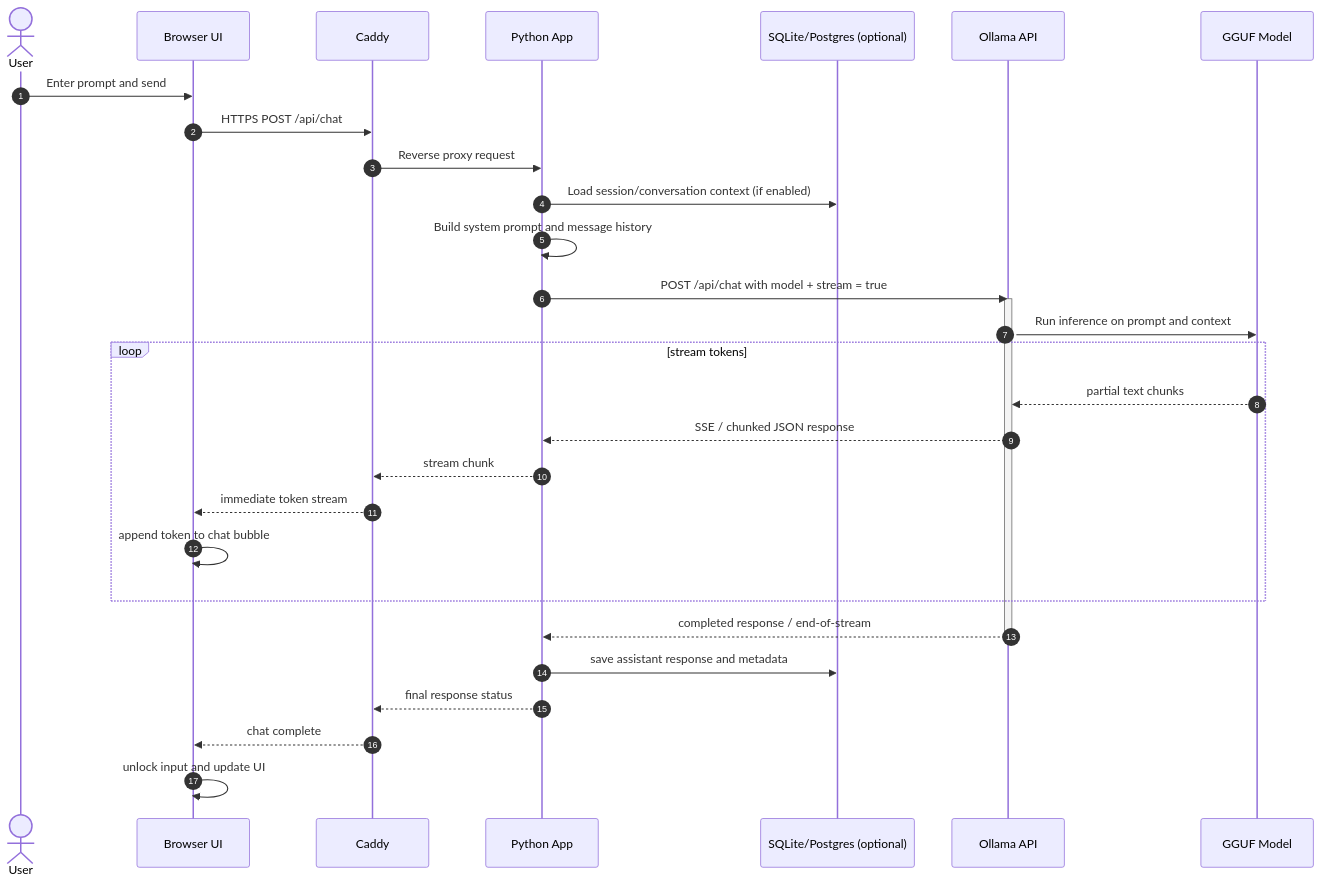
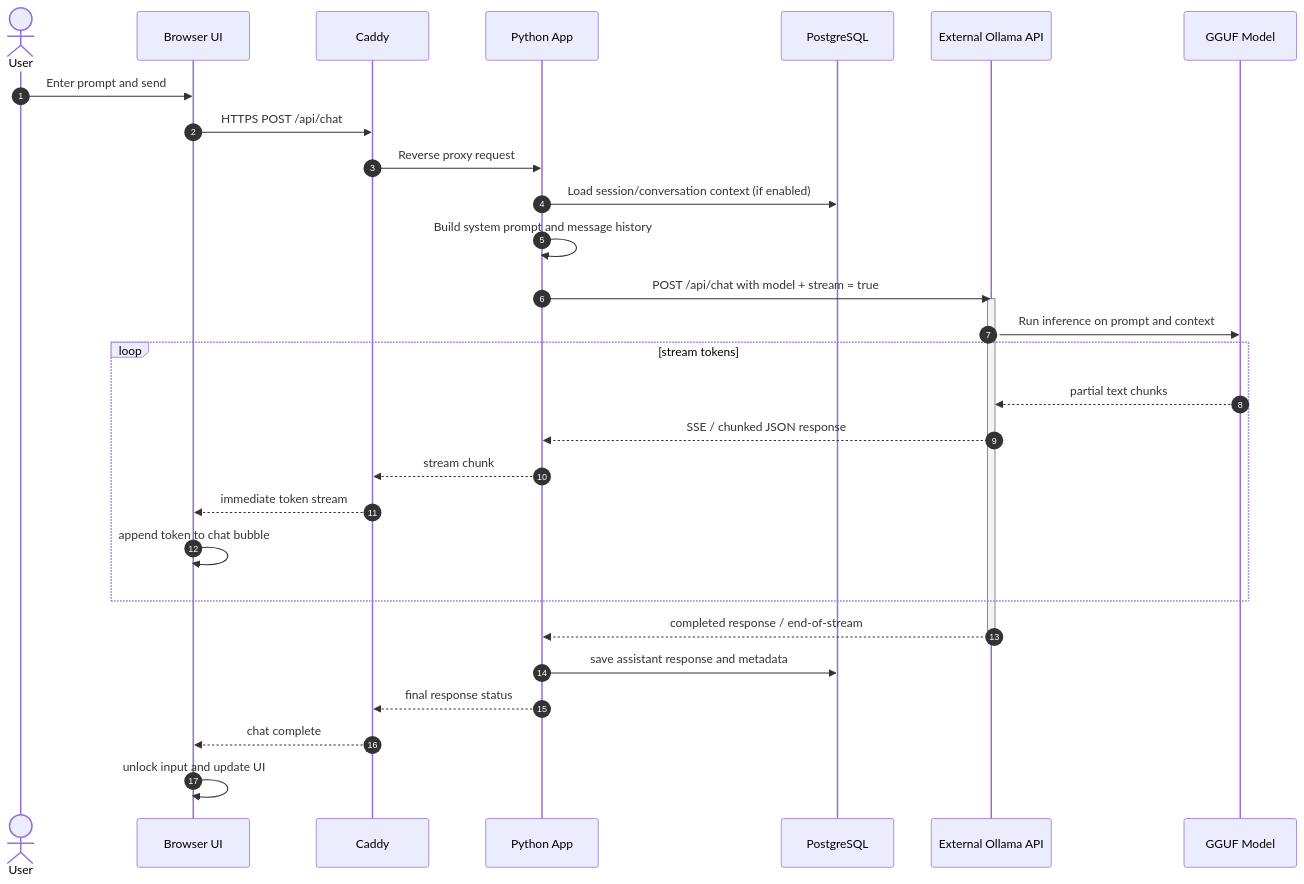
One commit to rsbauer/pachat changed the third of 7 diagrams in architecture.md. Above: the diagram before and after it, drawn with Mermaid. The commit also changed other lines of this file and 2 other files, not shown here.

Commit message:
Plan and architecture updates after grilling

````diff
--- a/architecture.md
+++ b/architecture.md
@@ -175,38 +179,38 @@
 ```mermaid
 sequenceDiagram
     autonumber
     actor User
     participant Browser as Browser UI
     participant Caddy as Caddy
     participant App as Python App
-    participant DB as SQLite/Postgres (optional)
-    participant Ollama as Ollama API
+    participant DB as PostgreSQL
+    participant Ollama as External Ollama API
     participant Model as GGUF Model
 
     User->>Browser: Enter prompt and send
     Browser->>Caddy: HTTPS POST /api/chat
     Caddy->>App: Reverse proxy request
 
     App->>DB: Load session/conversation context (if enabled)
     App->>App: Build system prompt and message history
     App->>Ollama: POST /api/chat with model + stream = true
 
     activate Ollama
     Ollama->>Model: Run inference on prompt and context
 
     loop stream tokens
         Model-->>Ollama: partial text chunks
         Ollama-->>App: SSE / chunked JSON response
         App-->>Caddy: stream chunk
         Caddy-->>Browser: immediate token stream
         Browser->>Browser: append token to chat bubble
     end
 
     Ollama-->>App: completed response / end-of-stream
     deactivate Ollama
 
     App->>DB: save assistant response and metadata
     App-->>Caddy: final response status
     Caddy-->>Browser: chat complete
     Browser->>Browser: unlock input and update UI
 ```
````
